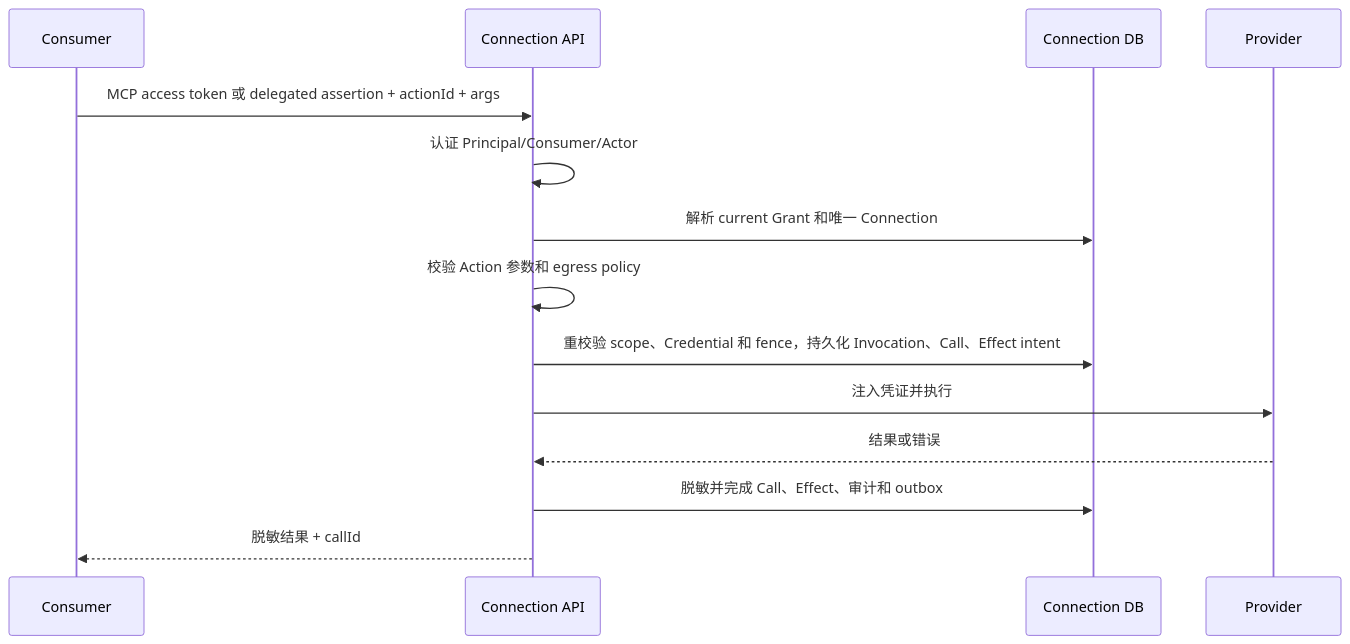
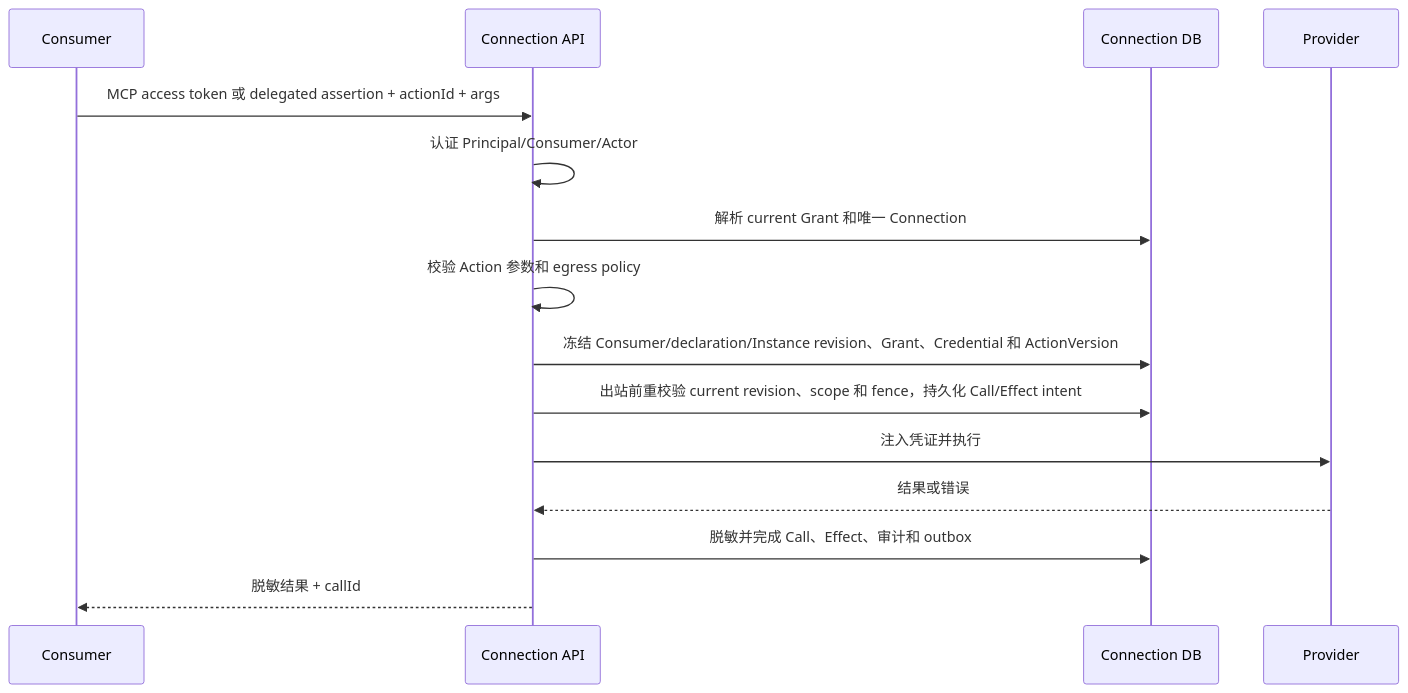
One commit to AgoraIO-Extensions/agent-infra changed the third of 3 diagrams in docs/architecture/SPEC-agent-infra-M1-engineering-architecture.md. Above: the diagram before and after it, drawn with Mermaid. The commit also changed other lines of this file and 1 other file, not shown here.

````diff
--- a/docs/architecture/SPEC-agent-infra-M1-engineering-architecture.md
+++ b/docs/architecture/SPEC-agent-infra-M1-engineering-architecture.md
@@ -483,17 +485,18 @@
 ```mermaid
 sequenceDiagram
     participant P as Consumer
     participant C as Connection API
     participant D as Connection DB
     participant X as Provider
 
     P->>C: MCP access token 或 delegated assertion + actionId + args
     C->>C: 认证 Principal/Consumer/Actor
     C->>D: 解析 current Grant 和唯一 Connection
     C->>C: 校验 Action 参数和 egress policy
-    C->>D: 重校验 scope、Credential 和 fence，持久化 Invocation、Call、Effect intent
+    C->>D: 冻结 Consumer/declaration/Instance revision、Grant、Credential 和 ActionVersion
+    C->>D: 出站前重校验 current revision、scope 和 fence，持久化 Call/Effect intent
     C->>X: 注入凭证并执行
     X-->>C: 结果或错误
     C->>D: 脱敏并完成 Call、Effect、审计和 outbox
     C-->>P: 脱敏结果 + callId
 ```
````
